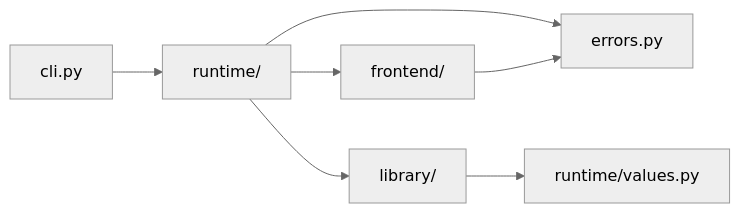
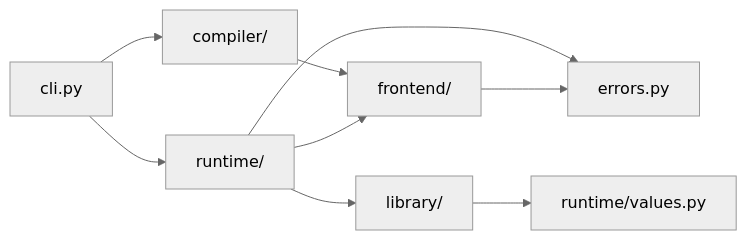
One commit to Daniell22-dot/Swahili changed the second of 2 diagrams in docs/architecture.md. Above: the diagram before and after it, drawn with Mermaid (neutral theme). The commit also changed other lines of this file and 2 other files, not shown here.

Commit message:
Update the architecture and specs

````diff
--- a/docs/architecture.md
+++ b/docs/architecture.md
@@ -66,9 +96,11 @@
 ```mermaid
 flowchart LR
     cli["cli.py"] --> runtime["runtime/"]
-    runtime --> frontend["frontend/"]
+    cli --> compiler["compiler/"]
+    compiler --> frontend["frontend/"]
+    runtime --> frontend
     runtime --> errors["errors.py"]
     runtime --> library["library/"]
     library --> values["runtime/values.py"]
     frontend --> errors
 ```
````
